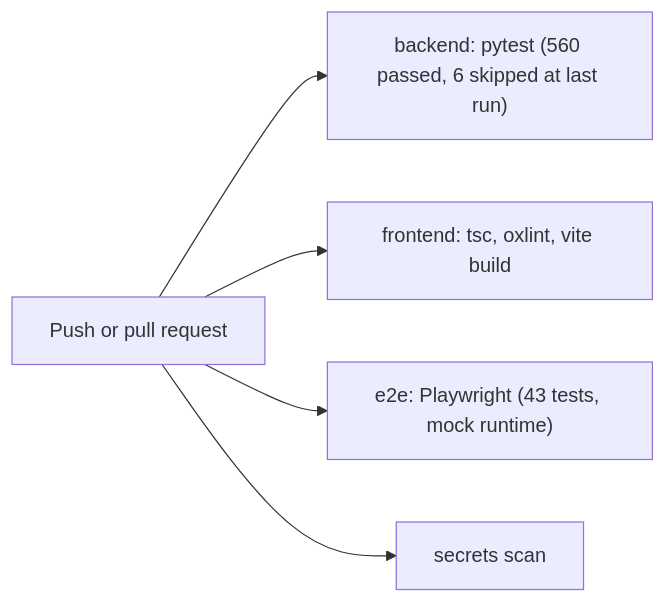
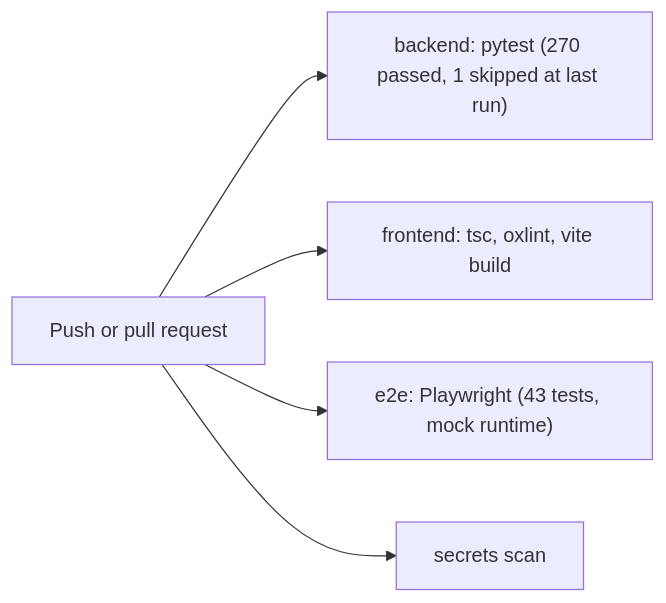
Before and after one commit to yossefbehairy/Loqman: the fourth of 4 diagrams in README.md, drawn with Mermaid. The commit also changed other lines of this file and 146 other files, not shown here.

````diff
--- a/README.md
+++ b/README.md
@@ -190,7 +190,7 @@
 ```mermaid
 flowchart LR
-    Push["Push or pull request"] --> Backend["backend: pytest (560 passed, 6 skipped at last run)"]
+    Push["Push or pull request"] --> Backend["backend: pytest (270 passed, 1 skipped at last run)"]
     Push --> Frontend["frontend: tsc, oxlint, vite build"]
     Push --> E2E["e2e: Playwright (43 tests, mock runtime)"]
     Push --> Scan["secrets scan"]
 ```
````
